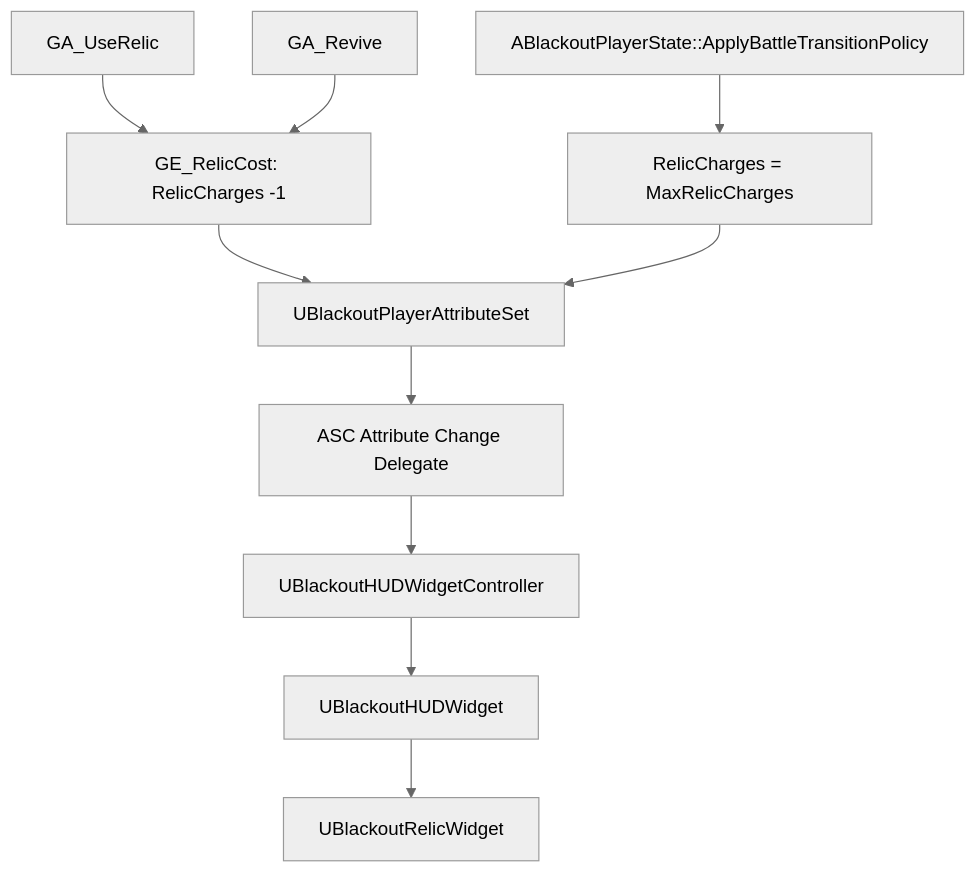
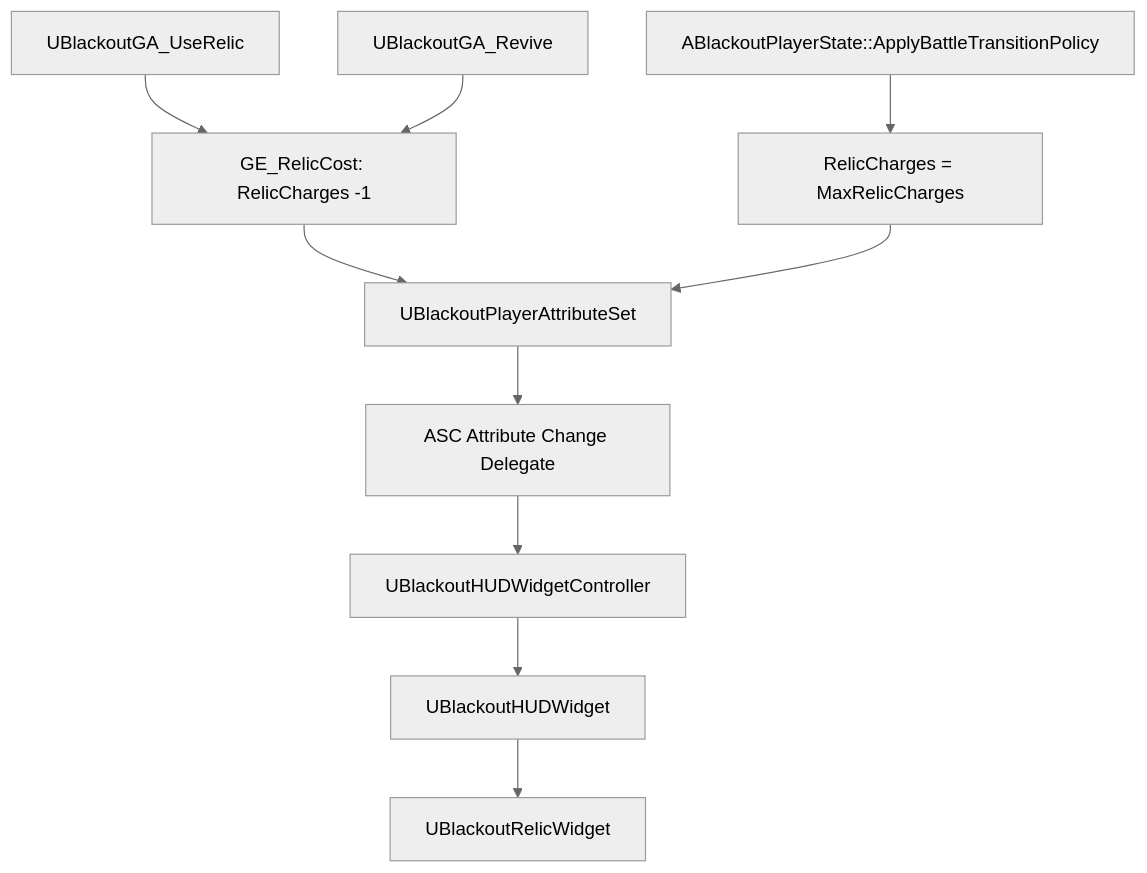
One commit to seongwon1579/ProjectBlackout changed the third of 3 diagrams in Docs/UI/02_Relic_HUD_Binding.md. Above: the diagram before and after it, drawn with Mermaid (neutral theme). The commit also changed other lines of this file and 24 other files, not shown here.

Commit message:
Docs: 클래스 다이어그램 최신화

````diff
--- a/Docs/UI/02_Relic_HUD_Binding.md
+++ b/Docs/UI/02_Relic_HUD_Binding.md
@@ -139,12 +139,12 @@
 ```mermaid
 flowchart TB
-    UseRelic["GA_UseRelic"] --> Cost["GE_RelicCost: RelicCharges -1"]
-    Revive["GA_Revive"] --> Cost
+    UseRelic["UBlackoutGA_UseRelic"] --> Cost["GE_RelicCost: RelicCharges -1"]
+    Revive["UBlackoutGA_Revive"] --> Cost
     Transition["ABlackoutPlayerState::ApplyBattleTransitionPolicy"] --> Reset["RelicCharges = MaxRelicCharges"]
     Cost --> Attr["UBlackoutPlayerAttributeSet"]
     Reset --> Attr
     Attr --> Delegate["ASC Attribute Change Delegate"]
     Delegate --> Controller["UBlackoutHUDWidgetController"]
     Controller --> HUD["UBlackoutHUDWidget"]
     HUD --> RelicWidget["UBlackoutRelicWidget"]
 ```
````
